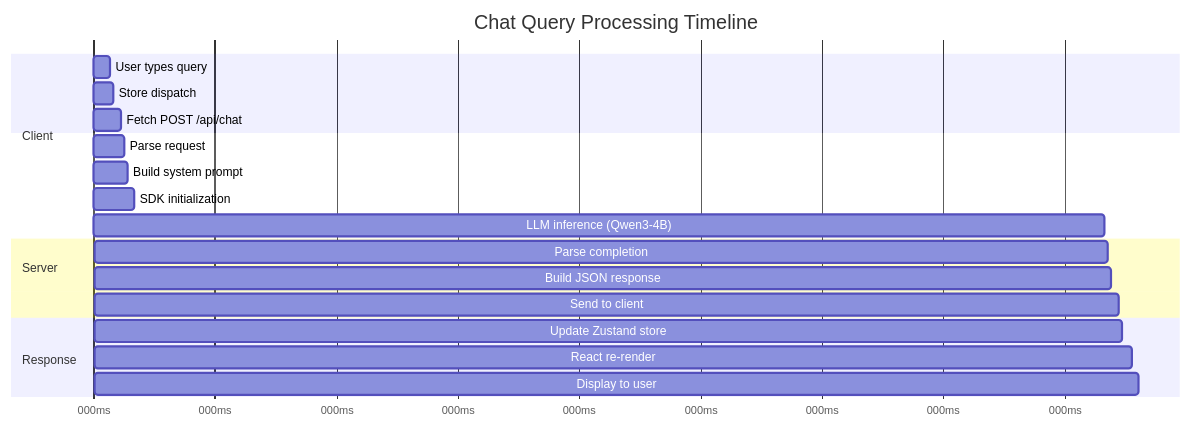
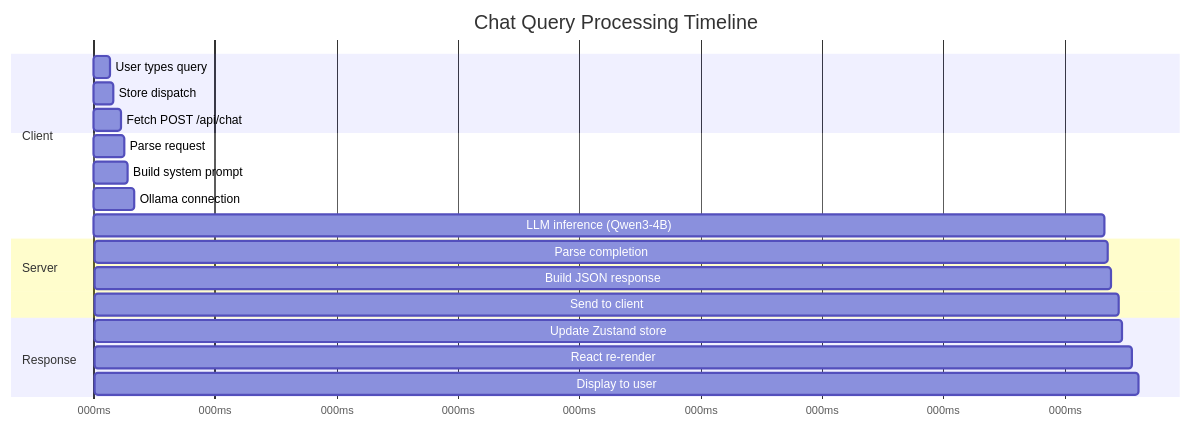
Before and after one commit to yashrao2607/arthsathi: diagram 13 of 15 in README.md, drawn with Mermaid. The commit also changed other lines of this file, not shown here.

````diff
--- a/README.md
+++ b/README.md
@@ -1410,27 +1410,27 @@
 ```mermaid
 gantt
     title Chat Query Processing Timeline
     dateFormat X
     axisFormat %Lms
 
     section Client
     User types query           :0, 500
     Store dispatch             :500, 600
     Fetch POST /api/chat       :600, 800
 
     section Server
     Parse request              :800, 900
     Build system prompt        :900, 1000
-    SDK initialization         :1000, 1200
+    Ollama connection          :1000, 1200
     LLM inference (Qwen3-4B)  :1200, 30000
 
     section Response
     Parse completion           :30000, 30100
     Build JSON response        :30100, 30200
     Send to client             :30200, 30400
 
     section Client
     Update Zustand store       :30400, 30500
     React re-render            :30500, 30800
     Display to user            :30800, 31000
 ```
````
